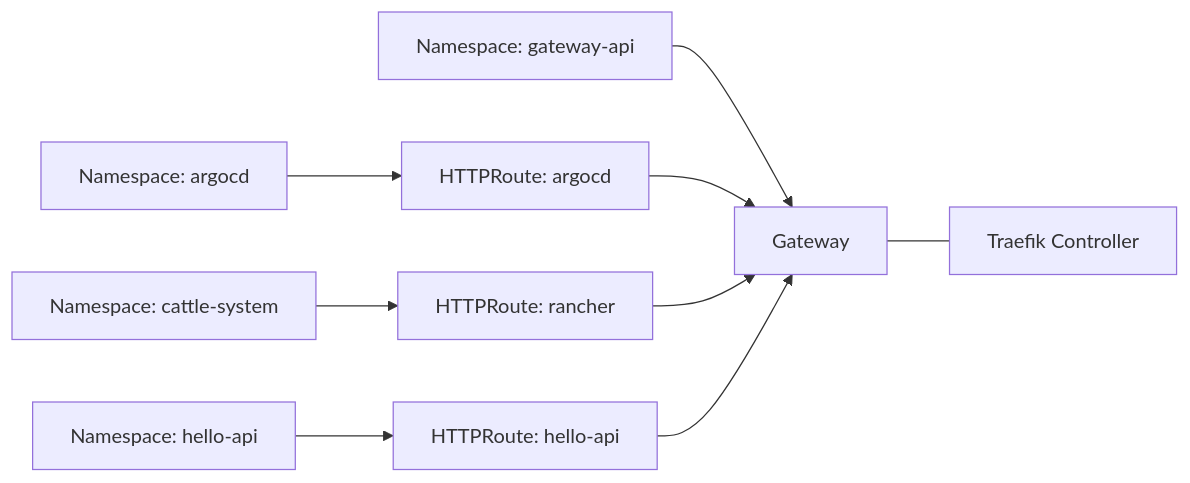
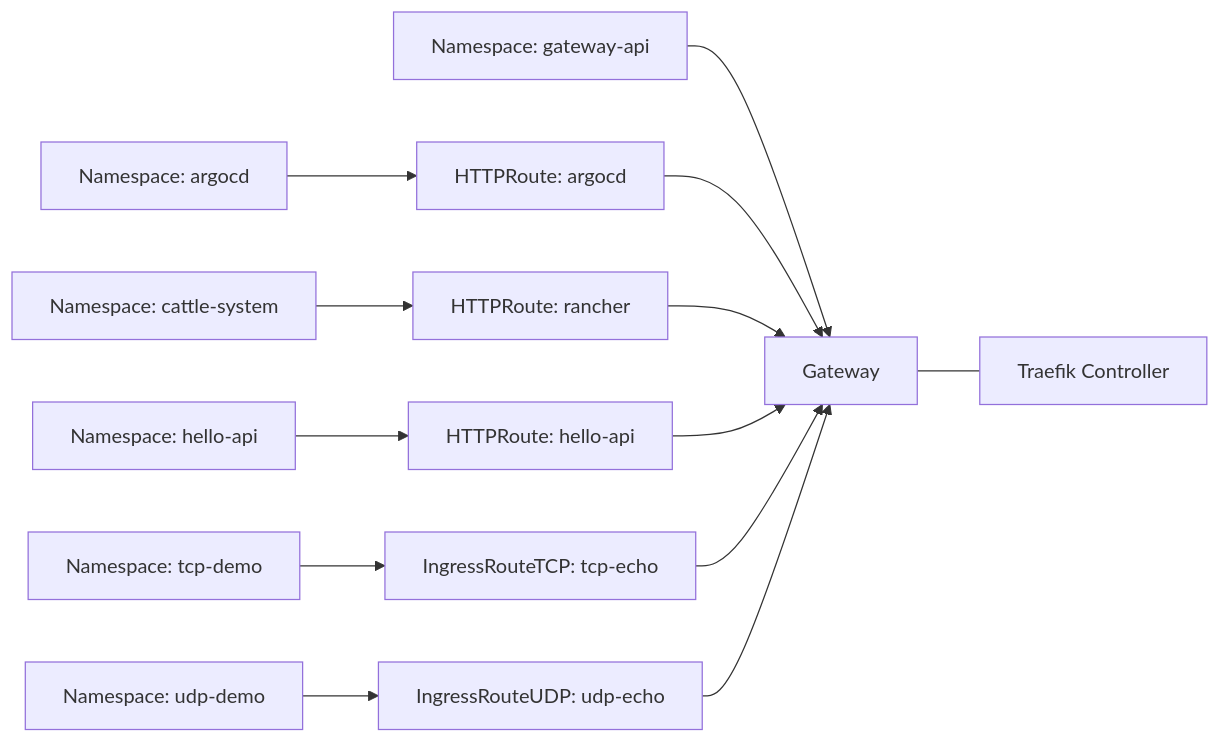
The seventh of 8 diagrams in .qoder/repowiki/en/content/Advanced Topics/Advanced Networking Configurations.md (Hoangvu75/k8s_manifest), drawn with Mermaid before and after one commit. The commit also changed other lines of this file and 7 other files, not shown here.

First line of the commit message:
fix: add Traefik CRDs (IngressRouteTCP, IngressRouteUDP, etc.)

````diff
--- a/.qoder/repowiki/en/content/Advanced Topics/Advanced Networking Configurations.md
+++ b/.qoder/repowiki/en/content/Advanced Topics/Advanced Networking Configurations.md
@@ -282,11 +337,15 @@
 ```mermaid
 graph LR
 NS_GA["Namespace: gateway-api"] --> GW["Gateway"]
 NS_ARGO["Namespace: argocd"] --> HR_ARGO["HTTPRoute: argocd"]
 NS_CATTLE["Namespace: cattle-system"] --> HR_RANCH["HTTPRoute: rancher"]
 NS_HELLO["Namespace: hello-api"] --> HR_HELLO["HTTPRoute: hello-api"]
+NS_TCP["Namespace: tcp-demo"] --> ITCPTCP["IngressRouteTCP: tcp-echo"]
+NS_UDP["Namespace: udp-demo"] --> IUDP["IngressRouteUDP: udp-echo"]
 GW --- TR["Traefik Controller"]
 HR_ARGO --> GW
 HR_RANCH --> GW
 HR_HELLO --> GW
+ITCPTCP --> GW
+IUDP --> GW
 ```
````
